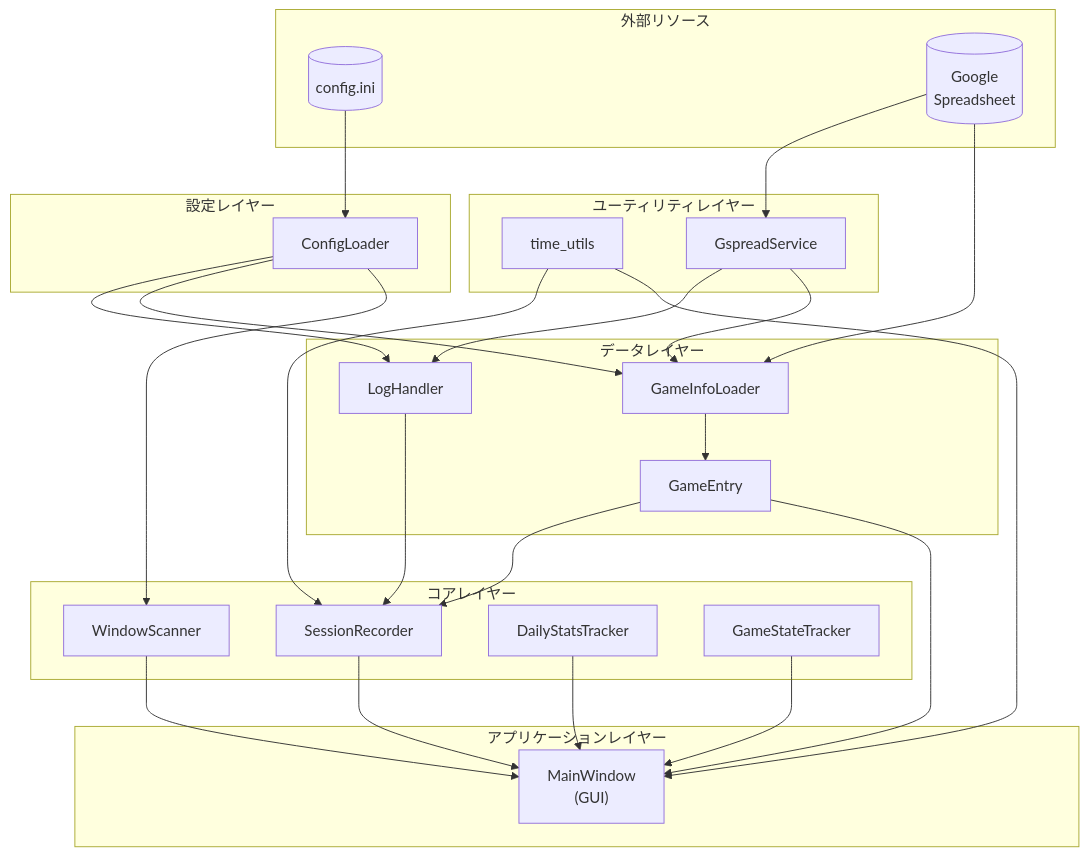
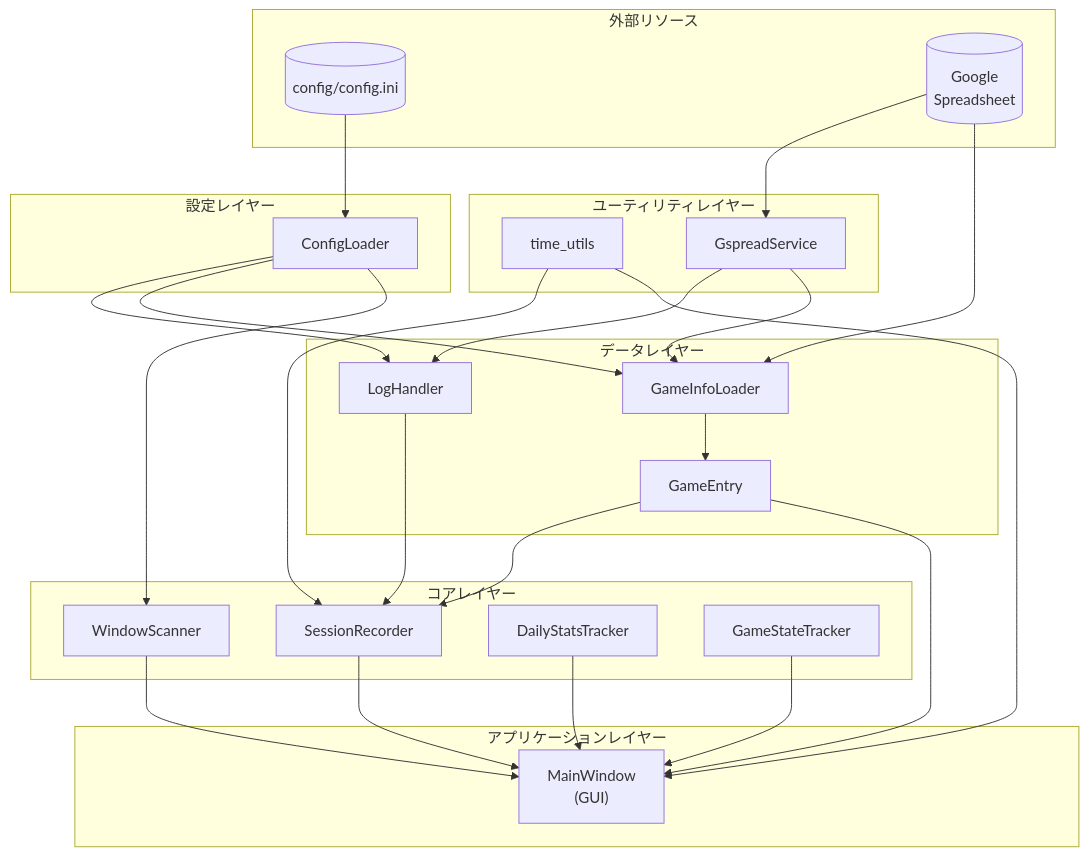
One commit to ynanigashi/game_time_tracker changed the second of 3 diagrams in docs/SPEC.md. Above: the diagram before and after it, drawn with Mermaid. The commit also changed other lines of this file and 10 other files, not shown here.

````diff
--- a/docs/SPEC.md
+++ b/docs/SPEC.md
@@ -245,55 +246,55 @@
 ```mermaid
 flowchart TB
     subgraph External["外部リソース"]
-        ConfigFile[("config.ini")]
+        ConfigFile[("config/config.ini")]
         Spreadsheet[("Google\nSpreadsheet")]
     end
 
     subgraph ConfigLayer["設定レイヤー"]
         ConfigLoader
     end
 
     subgraph UtilLayer["ユーティリティレイヤー"]
         TimeUtils["time_utils"]
         GspreadService
     end
 
     subgraph DataLayer["データレイヤー"]
         LogHandler
         GameInfoLoader
         GameEntry
     end
 
     subgraph CoreLayer["コアレイヤー"]
         WindowScanner
         SessionRecorder
         DailyStatsTracker
         GameStateTracker
     end
 
     subgraph AppLayer["アプリケーションレイヤー"]
         MainWindow["MainWindow\n(GUI)"]
     end
 
     ConfigFile --> ConfigLoader
     Spreadsheet --> GspreadService
 
     GspreadService --> LogHandler
     GspreadService --> GameInfoLoader
     ConfigLoader --> LogHandler
     ConfigLoader --> GameInfoLoader
     ConfigLoader --> WindowScanner
 
     Spreadsheet --> GameInfoLoader
     GameInfoLoader --> GameEntry
     LogHandler --> SessionRecorder
     GameEntry --> SessionRecorder
     TimeUtils --> SessionRecorder
     TimeUtils --> MainWindow
 
     WindowScanner --> MainWindow
     SessionRecorder --> MainWindow
     GameEntry --> MainWindow
     DailyStatsTracker --> MainWindow
     GameStateTracker --> MainWindow
 ```
````
